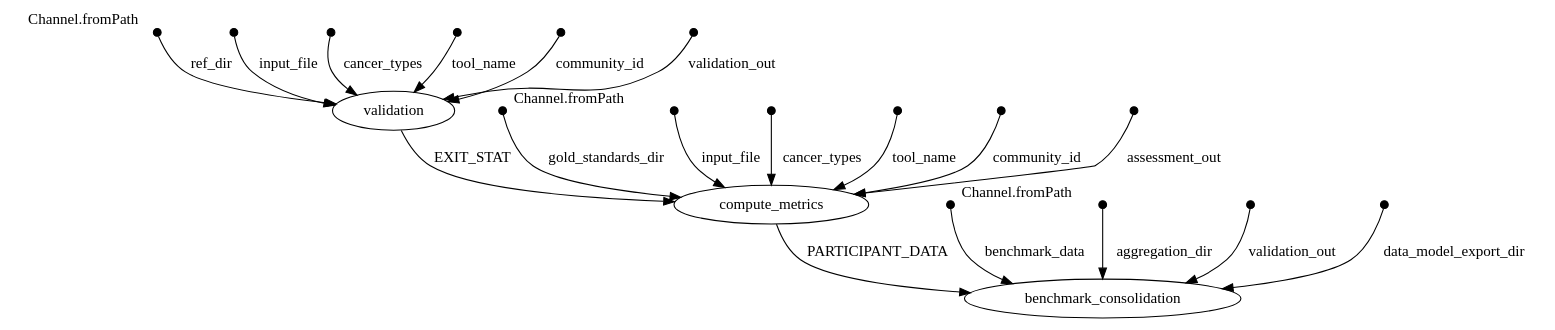
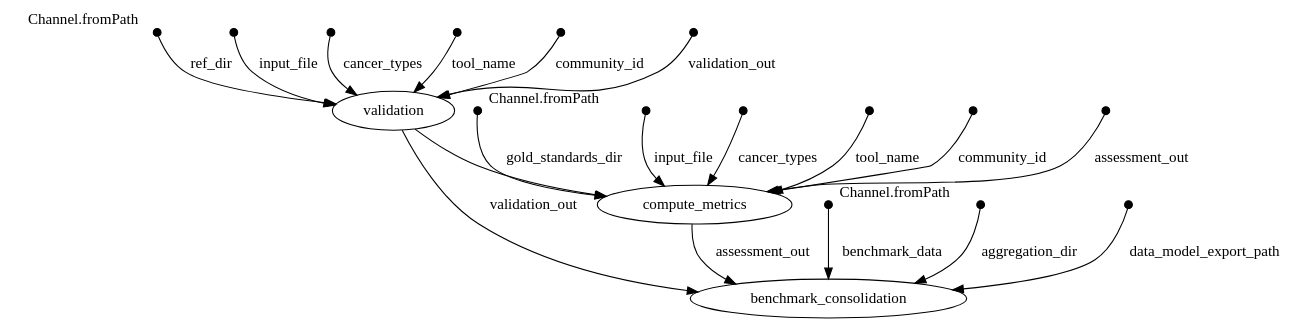
One commit to inab/TCGA_benchmarking_workflow changed the diagram in sample_out/stats/DAG.dot. Above: the diagram before and after it, drawn with Graphviz. The commit also changed 11 other files, not shown here.

```diff
--- a/sample_out/stats/DAG.dot
+++ b/sample_out/stats/DAG.dot
@@ -1,74 +1,74 @@
 digraph "DAG" {
 p0 [shape=point,label="",fixedsize=true,width=0.1,xlabel="Channel.fromPath"];
 p8 [label="validation"];
 p0 -> p8 [label="ref_dir"];
 
 p1 [shape=point,label="",fixedsize=true,width=0.1,xlabel="Channel.fromPath"];
 p14 [label="compute_metrics"];
 p1 -> p14 [label="gold_standards_dir"];
 
 p2 [shape=point,label="",fixedsize=true,width=0.1,xlabel="Channel.fromPath"];
-p18 [label="benchmark_consolidation"];
-p2 -> p18 [label="benchmark_data"];
+p17 [label="benchmark_consolidation"];
+p2 -> p17 [label="benchmark_data"];
 
 p3 [shape=point,label="",fixedsize=true,width=0.1];
 p8 [label="validation"];
 p3 -> p8 [label="input_file"];
 
 p4 [shape=point,label="",fixedsize=true,width=0.1];
 p8 [label="validation"];
 p4 -> p8 [label="cancer_types"];
 
 p5 [shape=point,label="",fixedsize=true,width=0.1];
 p8 [label="validation"];
 p5 -> p8 [label="tool_name"];
 
 p6 [shape=point,label="",fixedsize=true,width=0.1];
 p8 [label="validation"];
 p6 -> p8 [label="community_id"];
 
 p7 [shape=point,label="",fixedsize=true,width=0.1];
 p8 [label="validation"];
 p7 -> p8 [label="validation_out"];
 
 p8 [label="validation"];
 p14 [label="compute_metrics"];
-p8 -> p14 [label="EXIT_STAT"];
+p8 -> p14;
+
+p8 [label="validation"];
+p17 [label="benchmark_consolidation"];
+p8 -> p17 [label="validation_out"];
 
 p9 [shape=point,label="",fixedsize=true,width=0.1];
 p14 [label="compute_metrics"];
 p9 -> p14 [label="input_file"];
 
 p10 [shape=point,label="",fixedsize=true,width=0.1];
 p14 [label="compute_metrics"];
 p10 -> p14 [label="cancer_types"];
 
 p11 [shape=point,label="",fixedsize=true,width=0.1];
 p14 [label="compute_metrics"];
 p11 -> p14 [label="tool_name"];
 
 p12 [shape=point,label="",fixedsize=true,width=0.1];
 p14 [label="compute_metrics"];
 p12 -> p14 [label="community_id"];
 
 p13 [shape=point,label="",fixedsize=true,width=0.1];
 p14 [label="compute_metrics"];
 p13 -> p14 [label="assessment_out"];
 
 p14 [label="compute_metrics"];
-p18 [label="benchmark_consolidation"];
-p14 -> p18 [label="PARTICIPANT_DATA"];
+p17 [label="benchmark_consolidation"];
+p14 -> p17 [label="assessment_out"];
 
 p15 [shape=point,label="",fixedsize=true,width=0.1];
-p18 [label="benchmark_consolidation"];
-p15 -> p18 [label="aggregation_dir"];
+p17 [label="benchmark_consolidation"];
+p15 -> p17 [label="aggregation_dir"];
 
 p16 [shape=point,label="",fixedsize=true,width=0.1];
-p18 [label="benchmark_consolidation"];
-p16 -> p18 [label="validation_out"];
-
-p17 [shape=point,label="",fixedsize=true,width=0.1];
-p18 [label="benchmark_consolidation"];
-p17 -> p18 [label="data_model_export_dir"];
+p17 [label="benchmark_consolidation"];
+p16 -> p17 [label="data_model_export_path"];
 
 }
```
